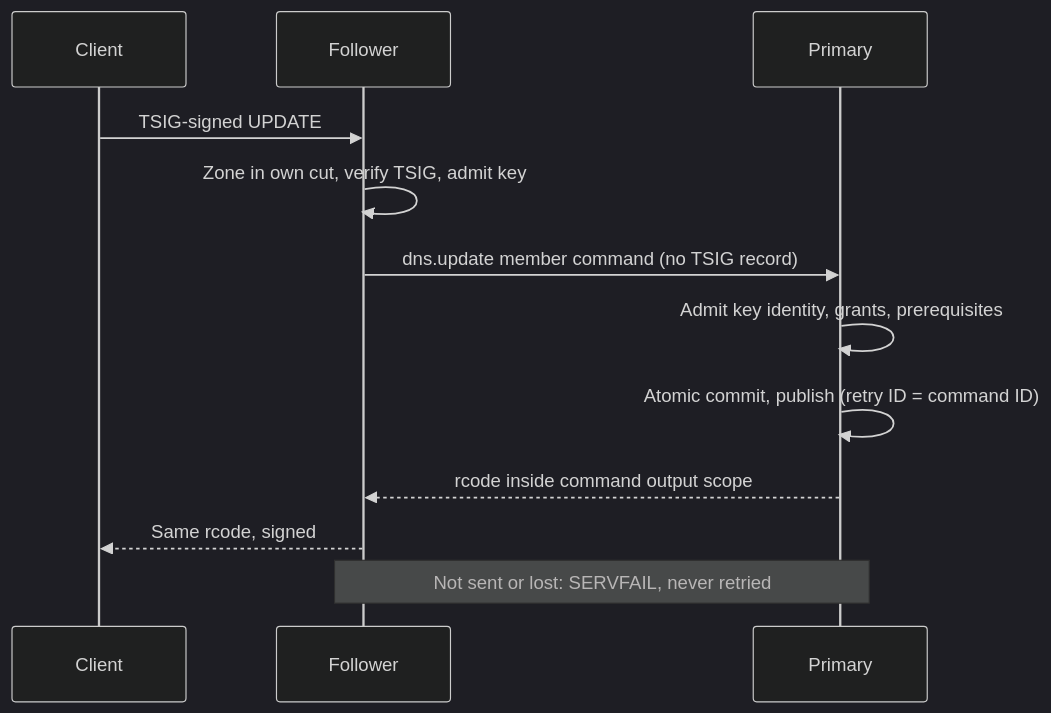
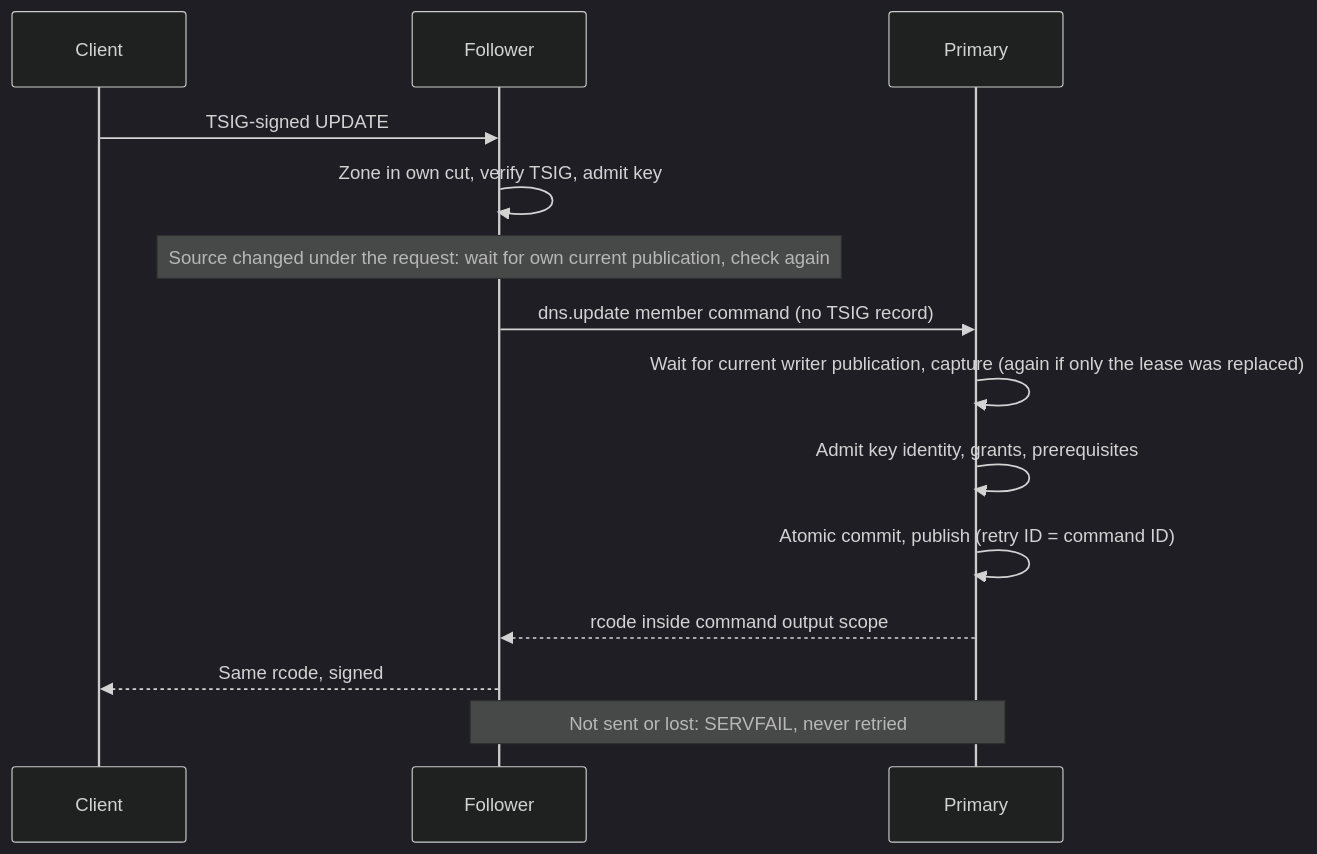
One commit to robertherbaugh/kudurru changed the tenth of 12 diagrams in docs/architecture/zones.md. Above: the diagram before and after it, drawn with Mermaid (dark theme). The commit also changed other lines of this file and 6 other files, not shown here.

````diff
--- a/docs/architecture/zones.md
+++ b/docs/architecture/zones.md
@@ -1004,14 +1013,16 @@
 ```mermaid
 sequenceDiagram
     participant C as Client
     participant F as Follower
     participant P as Primary
     C->>F: TSIG-signed UPDATE
     F->>F: Zone in own cut, verify TSIG, admit key
+    Note over F: Source changed under the request: wait for own current publication, check again
     F->>P: dns.update member command (no TSIG record)
+    P->>P: Wait for current writer publication, capture (again if only the lease was replaced)
     P->>P: Admit key identity, grants, prerequisites
     P->>P: Atomic commit, publish (retry ID = command ID)
     P-->>F: rcode inside command output scope
     F-->>C: Same rcode, signed
     Note over F,P: Not sent or lost: SERVFAIL, never retried
 ```
````
